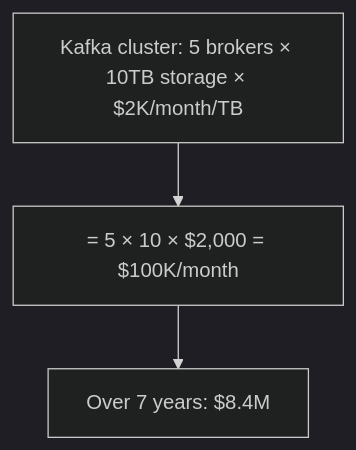
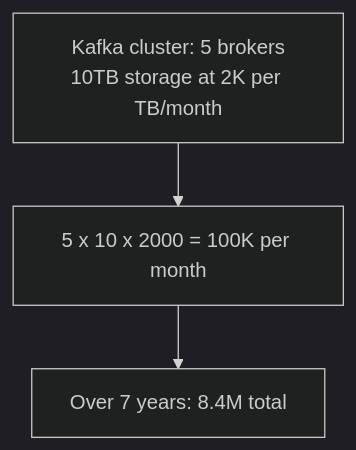
Before and after one commit to naren-chakraview/chakraview-fintech-data-mesh: the second of 5 diagrams in docs/adrs/ADR-0004-real-time.md, drawn with Mermaid (dark theme). The commit also changed other lines of this file and 21 other files, not shown here.

First line of the commit message:
Fix mermaid diagram rendering issues in fintech data mesh documentation

````diff
--- a/docs/adrs/ADR-0004-real-time.md
+++ b/docs/adrs/ADR-0004-real-time.md
@@ -93,6 +93,6 @@
 ```mermaid
 graph TD
-    A["Kafka cluster: 5 brokers × 10TB storage × $2K/month/TB"]
-    A --> B["= 5 × 10 × $2,000 = $100K/month"]
-    B --> C["Over 7 years: $8.4M"]
+    A["Kafka cluster: 5 brokers<br/>10TB storage at 2K per TB/month"]
+    A --> B["5 x 10 x 2000 = 100K per month"]
+    B --> C["Over 7 years: 8.4M total"]
 ```
````
